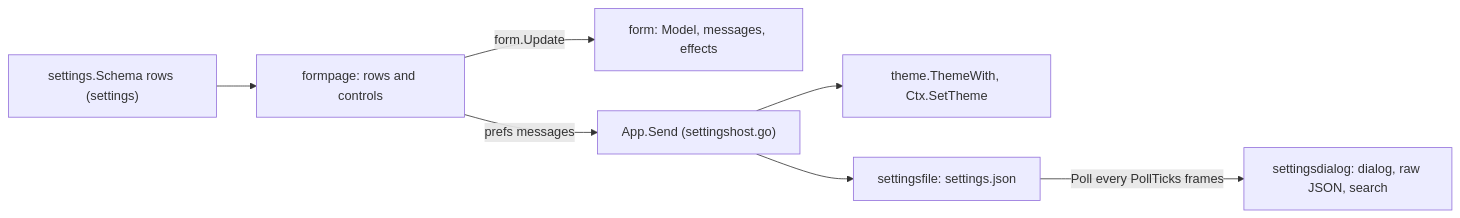
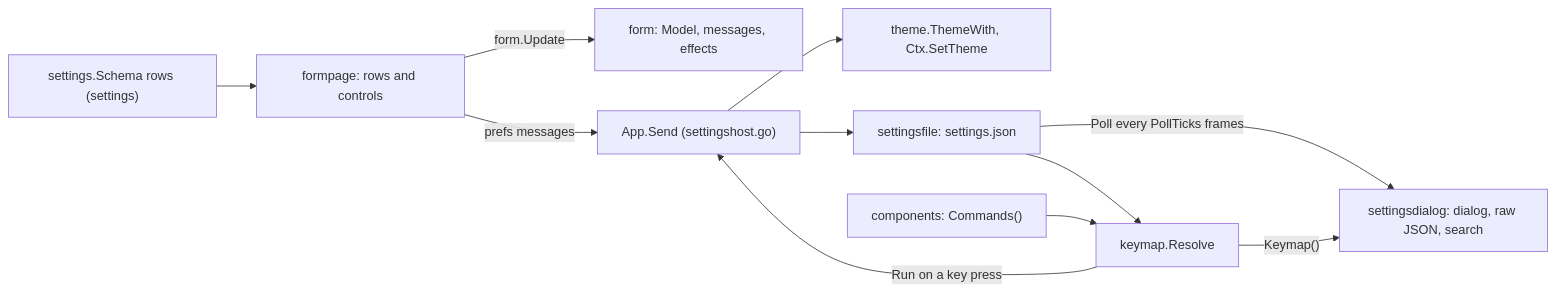
The diagram in internal/feature/settings/FEATURE.md (gascoigne-ai/gascoigne-workshop), drawn with Mermaid before and after one commit. The commit also changed other lines of this file and 34 other files, not shown here.

First line of the commit message:
refactor(settings): shortcuts resolve and run from a keymap

````diff
--- a/internal/feature/settings/FEATURE.md
+++ b/internal/feature/settings/FEATURE.md
@@ -16,9 +18,13 @@
 ```mermaid
 flowchart LR
   schema["settings.Schema rows (settings)"] --> formpage["formpage: rows and controls"]
   formpage -- "form.Update" --> form["form: Model, messages, effects"]
   formpage -- "prefs messages" --> app["App.Send (settingshost.go)"]
   app --> theme["theme.ThemeWith, Ctx.SetTheme"]
   app --> file["settingsfile: settings.json"]
   file -- "Poll every PollTicks frames" --> shell["settingsdialog: dialog, raw JSON, search"]
+  commands["components: Commands()"] --> keymap["keymap.Resolve"]
+  file --> keymap
+  keymap -- "Keymap()" --> shell
+  keymap -- "Run on a key press" --> app
 ```
````
